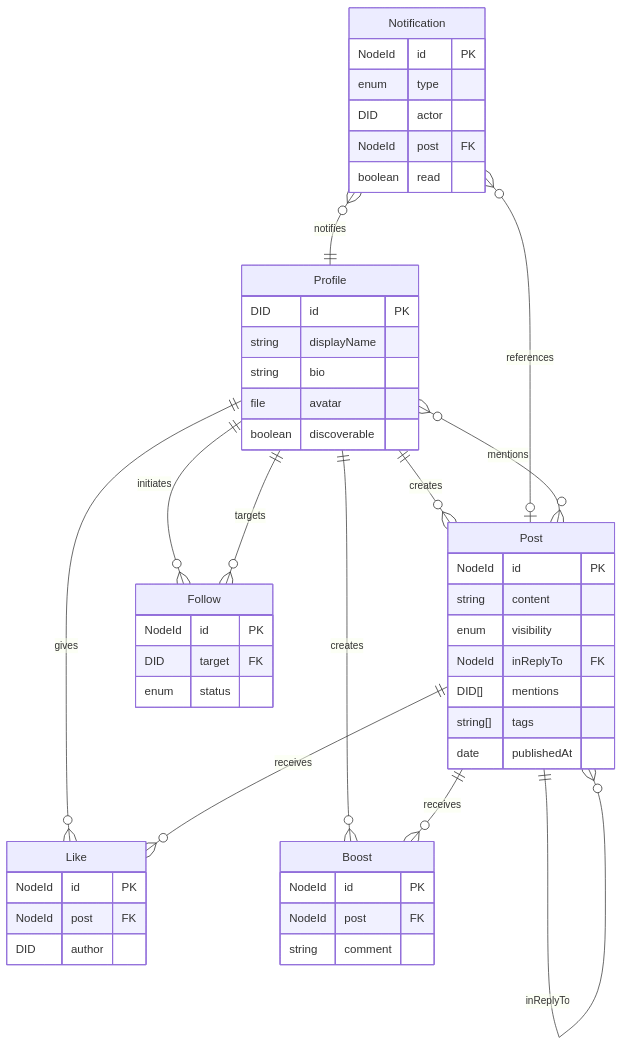
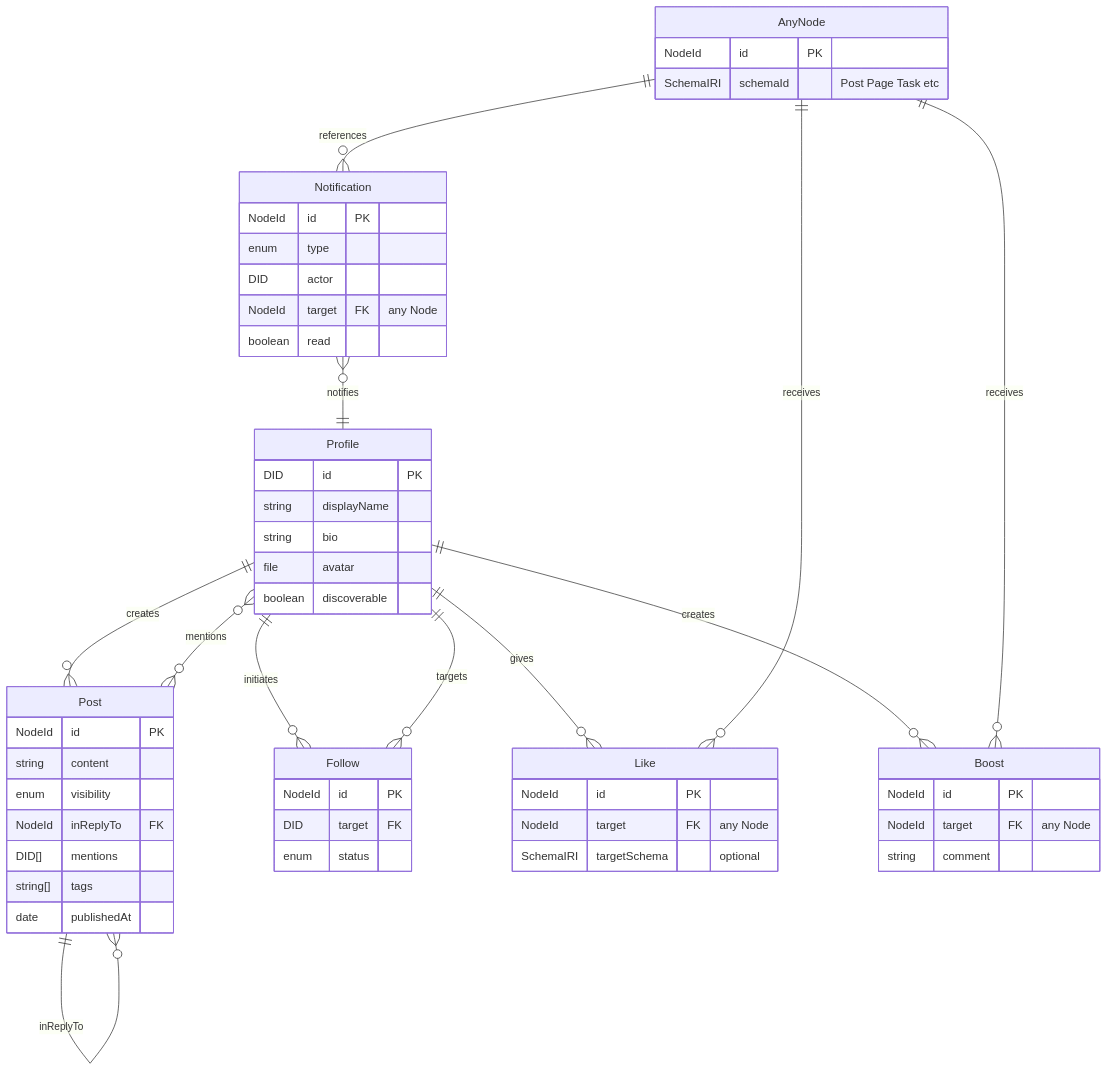
One commit to crs48/xNet changed the second of 11 diagrams in docs/explorations/MASTODON_SOCIAL_NETWORKING.md. Above: the diagram before and after it, drawn with Mermaid. The commit also changed other lines of this file and 1 other file, not shown here.

Commit message:
docs(explorations): add universal social primitives — schema-agnostic Like, React, Comment, Bookmark, Boost, Pin, Flag that work on any Node

````diff
--- a/docs/explorations/MASTODON_SOCIAL_NETWORKING.md
+++ b/docs/explorations/MASTODON_SOCIAL_NETWORKING.md
@@ -170,58 +185,64 @@
 ```mermaid
 erDiagram
     Profile ||--o{ Post : "creates"
     Profile ||--o{ Follow : "initiates"
     Profile ||--o{ Like : "gives"
     Profile ||--o{ Boost : "creates"
     Post ||--o{ Post : "inReplyTo"
-    Post ||--o{ Like : "receives"
-    Post ||--o{ Boost : "receives"
     Post }o--o{ Profile : "mentions"
     Follow }o--|| Profile : "targets"
     Notification }o--|| Profile : "notifies"
-    Notification }o--o| Post : "references"
+
+    AnyNode ||--o{ Like : "receives"
+    AnyNode ||--o{ Boost : "receives"
+    AnyNode ||--o{ Notification : "references"
 
     Profile {
         DID id PK
         string displayName
         string bio
         file avatar
         boolean discoverable
     }
 
     Post {
         NodeId id PK
         string content
         enum visibility
         NodeId inReplyTo FK
         DID[] mentions
         string[] tags
         date publishedAt
     }
 
     Follow {
         NodeId id PK
         DID target FK
         enum status
     }
 
     Like {
         NodeId id PK
-        NodeId post FK
-        DID author
+        NodeId target FK "any Node"
+        SchemaIRI targetSchema "optional"
     }
 
     Boost {
         NodeId id PK
-        NodeId post FK
+        NodeId target FK "any Node"
         string comment
     }
 
     Notification {
         NodeId id PK
         enum type
         DID actor
-        NodeId post FK
+        NodeId target FK "any Node"
         boolean read
     }
+
+    AnyNode {
+        NodeId id PK
+        SchemaIRI schemaId "Post Page Task etc"
+    }
 ```
````
